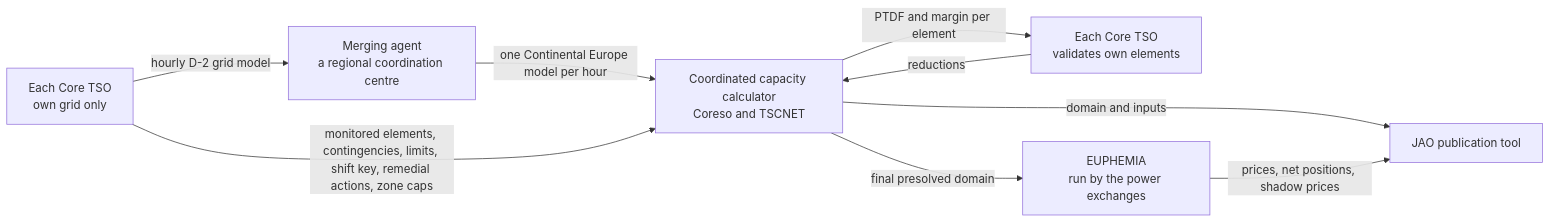
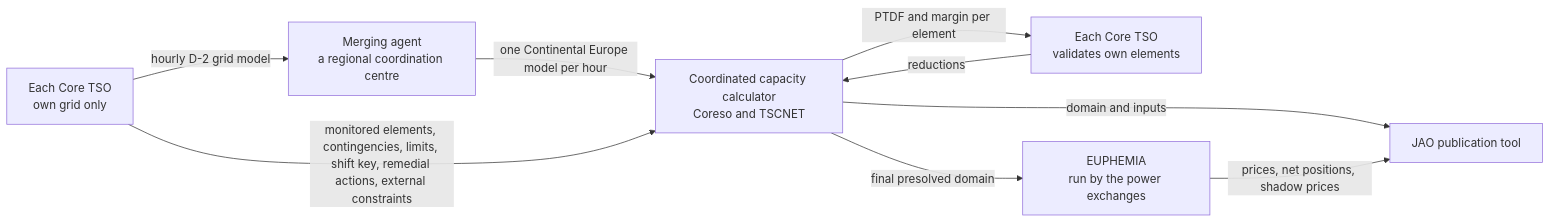
Before and after one commit to zoltanmaric/coppersushi: the diagram in wiki/core-day-ahead-capacity-calculation.md, drawn with Mermaid. The commit also changed other lines of this file and 2 other files, not shown here.

````diff
--- a/wiki/core-day-ahead-capacity-calculation.md
+++ b/wiki/core-day-ahead-capacity-calculation.md
@@ -63,17 +84,17 @@
 ```mermaid
 flowchart LR
     TSO["Each Core TSO<br>own grid only"]
     MA["Merging agent<br>a regional coordination centre"]
     CCC["Coordinated capacity calculator<br>Coreso and TSCNET"]
     VAL["Each Core TSO<br>validates own elements"]
     JAO["JAO publication tool"]
     EUP["EUPHEMIA<br>run by the power exchanges"]
     TSO -- "hourly D-2 grid model" --> MA
     MA -- "one Continental Europe model per hour" --> CCC
-    TSO -- "monitored elements, contingencies, limits, shift key, remedial actions, zone caps" --> CCC
+    TSO -- "monitored elements, contingencies, limits, shift key, remedial actions, external constraints" --> CCC
     CCC -- "PTDF and margin per element" --> VAL
     VAL -- "reductions" --> CCC
     CCC -- "final presolved domain" --> EUP
     CCC -- "domain and inputs" --> JAO
     EUP -- "prices, net positions, shadow prices" --> JAO
 ```
````
